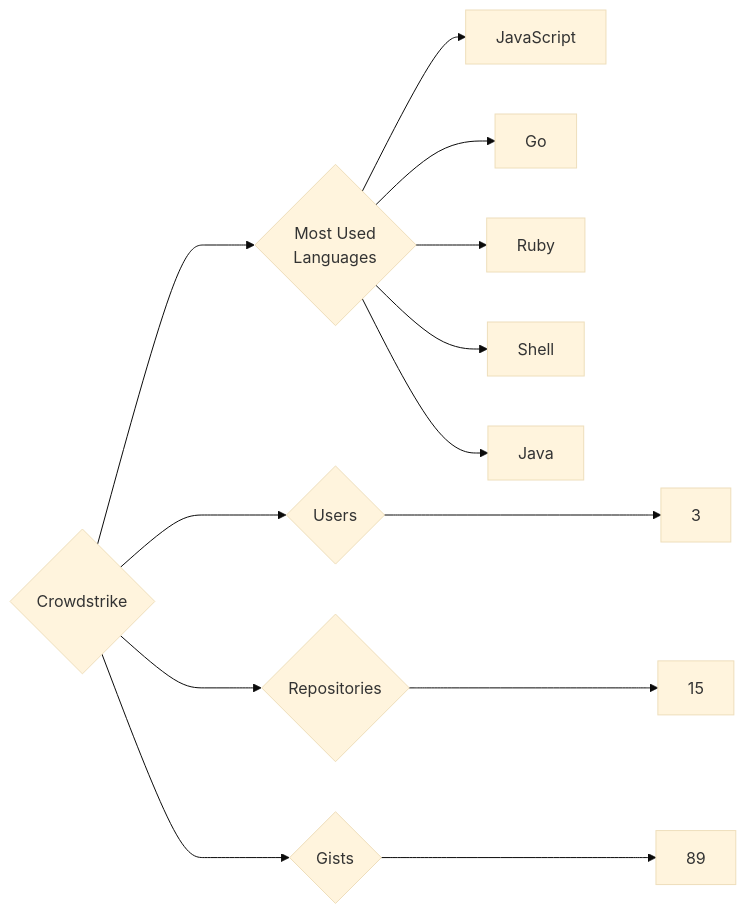
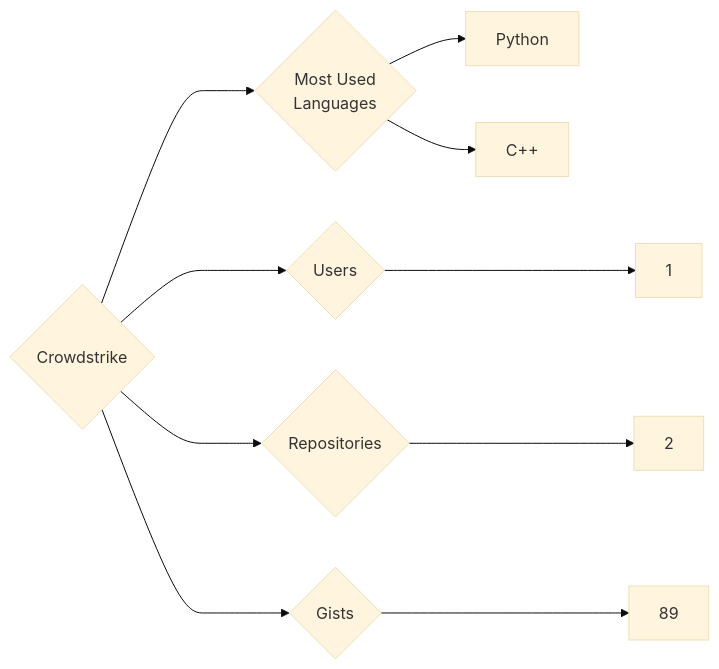
Before and after one commit to trickest/insiders: the diagram in targets/Crowdstrike/README.md, drawn with Mermaid (base theme). The commit also changed 859 other files, not shown here.

````diff
--- a/targets/Crowdstrike/README.md
+++ b/targets/Crowdstrike/README.md
@@ -3,13 +3,10 @@
 ```mermaid
 graph LR
 COMPANY_NAME{Crowdstrike}
-COMPANY_NAME ---> U{Users} ---> UN[3]
-COMPANY_NAME ---> R{Repositories} ---> RN[15]
+COMPANY_NAME ---> U{Users} ---> UN[1]
+COMPANY_NAME ---> R{Repositories} ---> RN[2]
 COMPANY_NAME ---> G{Gists} ---> GN[89]
 COMPANY_NAME ---> ML{Most Used<br>Languages}
-ML --> JavaScript[JavaScript]
-ML --> Go[Go]
-ML --> Ruby[Ruby]
-ML --> Shell[Shell]
-ML --> Java[Java]
+ML --> Python[Python]
+ML --> C++[C++]
 ```
````
